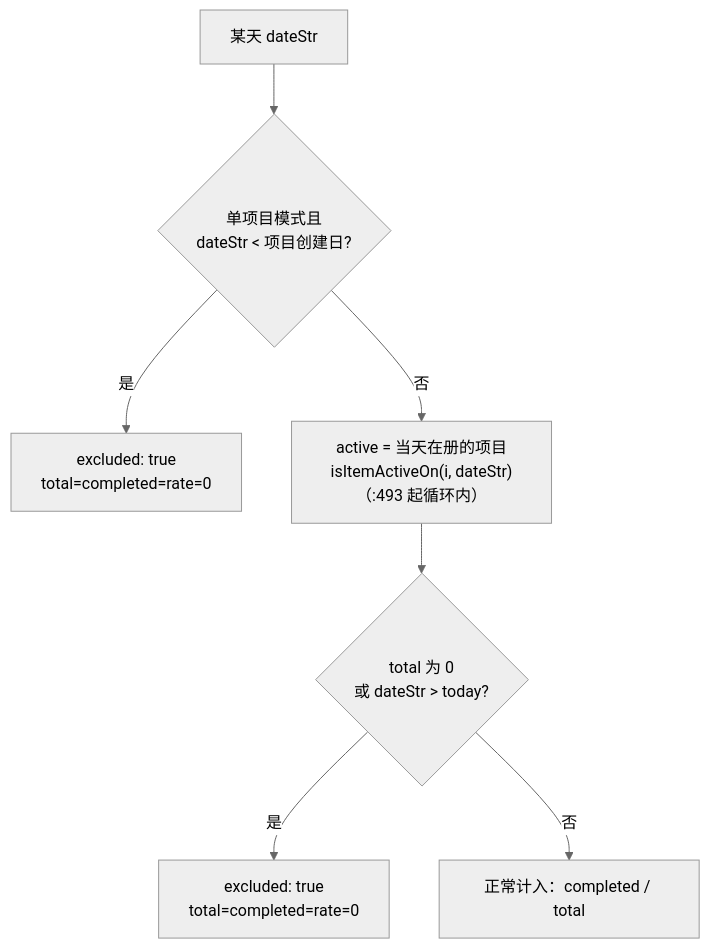
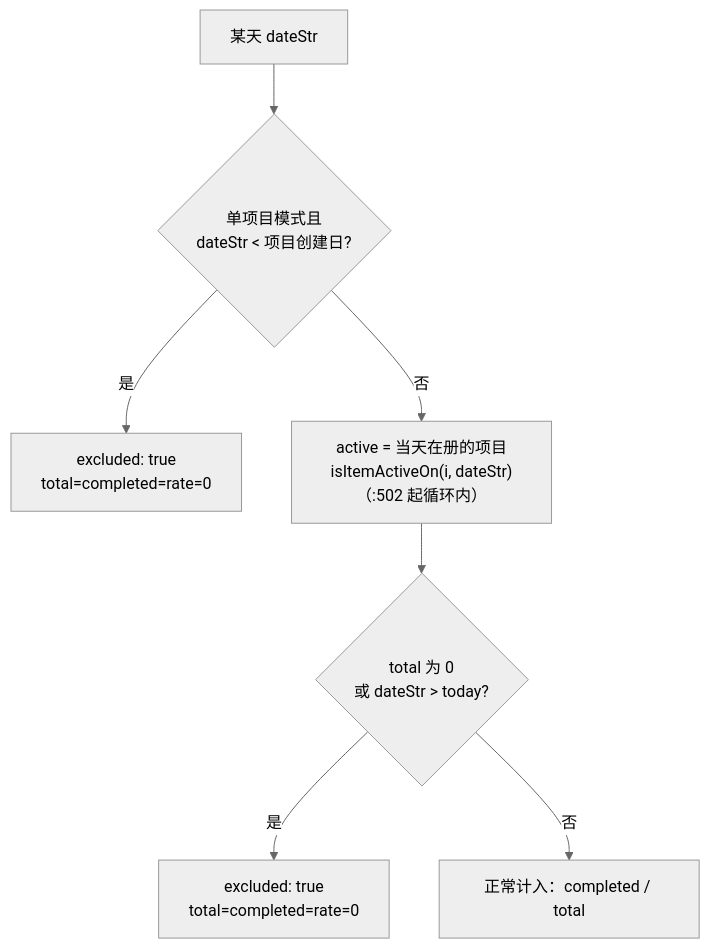
The diagram in docs/architecture/stats.md (seanwang222/DayMark), drawn with Mermaid (neutral theme) before and after one commit. The commit also changed other lines of this file and 8 other files, not shown here.

````diff
--- a/docs/architecture/stats.md
+++ b/docs/architecture/stats.md
@@ -11,9 +11,9 @@
 ```mermaid
 flowchart TD
   A[某天 dateStr] --> B{单项目模式且<br/>dateStr < 项目创建日?}
   B -- 是 --> E1["excluded: true<br/>total=completed=rate=0"]
-  B -- 否 --> C["active = 当天在册的项目<br/>isItemActiveOn(i, dateStr)（:493 起循环内）"]
+  B -- 否 --> C["active = 当天在册的项目<br/>isItemActiveOn(i, dateStr)（:502 起循环内）"]
   C --> D{total 为 0<br/>或 dateStr > today?}
   D -- 是 --> E2["excluded: true<br/>total=completed=rate=0"]
   D -- 否 --> F[正常计入：completed / total]
 ```
````
